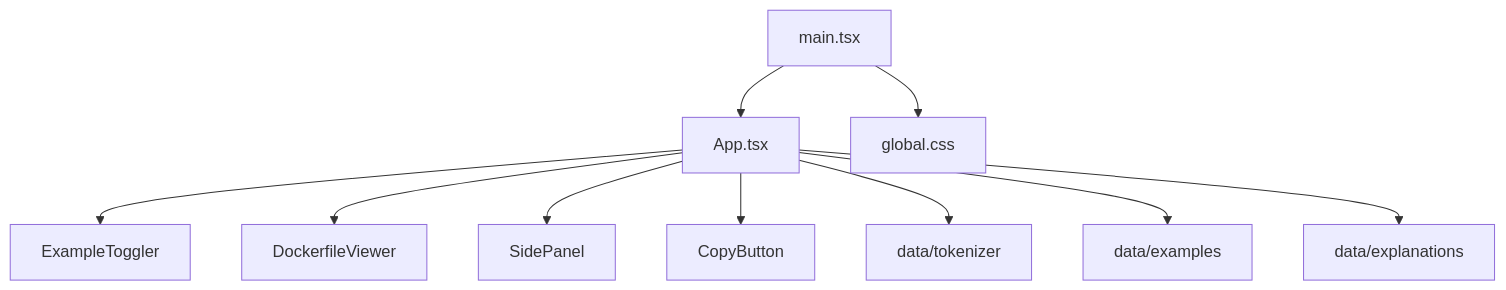
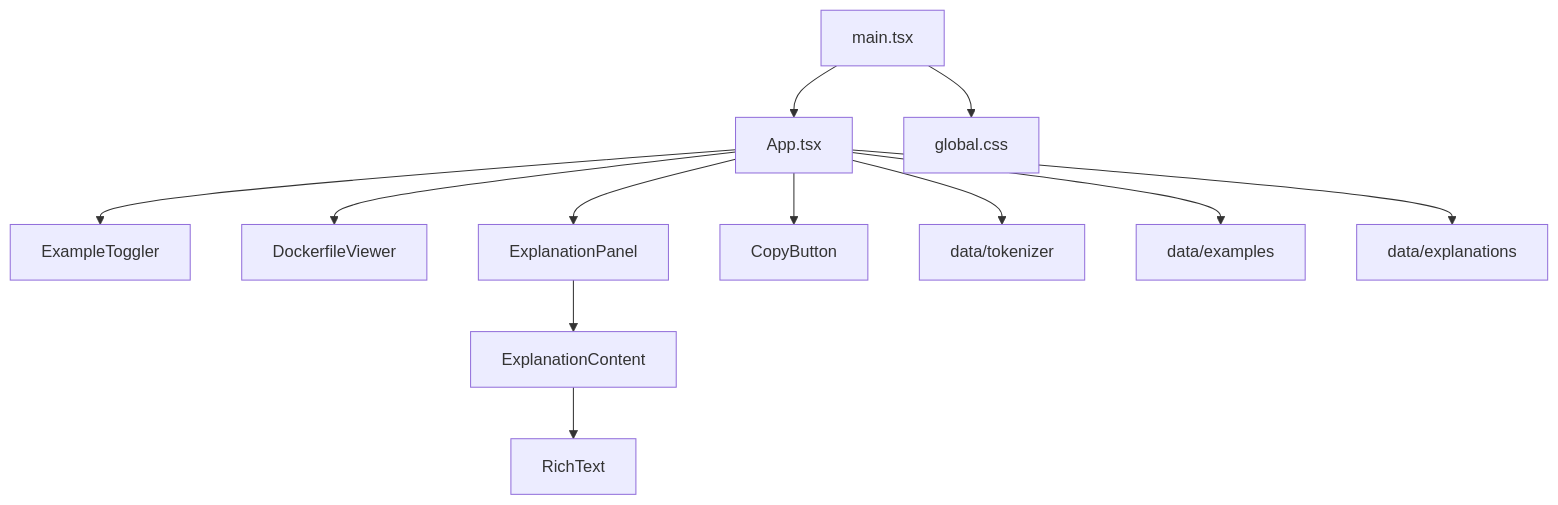
The second of 2 diagrams in docs/specs/site-architecture.md (abraham/dockerfile-pub), drawn with Mermaid before and after one commit. The commit also changed other lines of this file and 21 other files, not shown here.

Commit message:
rewrite explanation panel

````diff
--- a/docs/specs/site-architecture.md
+++ b/docs/specs/site-architecture.md
@@ -57,12 +57,14 @@
 ```mermaid
 flowchart TD
   main[main.tsx] --> App[App.tsx]
   main --> gcss[global.css]
   App --> ET[ExampleToggler]
   App --> DV[DockerfileViewer]
-  App --> SP[SidePanel]
+  App --> EP[ExplanationPanel]
+  EP --> EC[ExplanationContent]
+  EC --> RT[RichText]
   App --> CB[CopyButton]
   App --> tok[data/tokenizer]
   App --> ex[data/examples]
   App --> expl[data/explanations]
 ```
````
